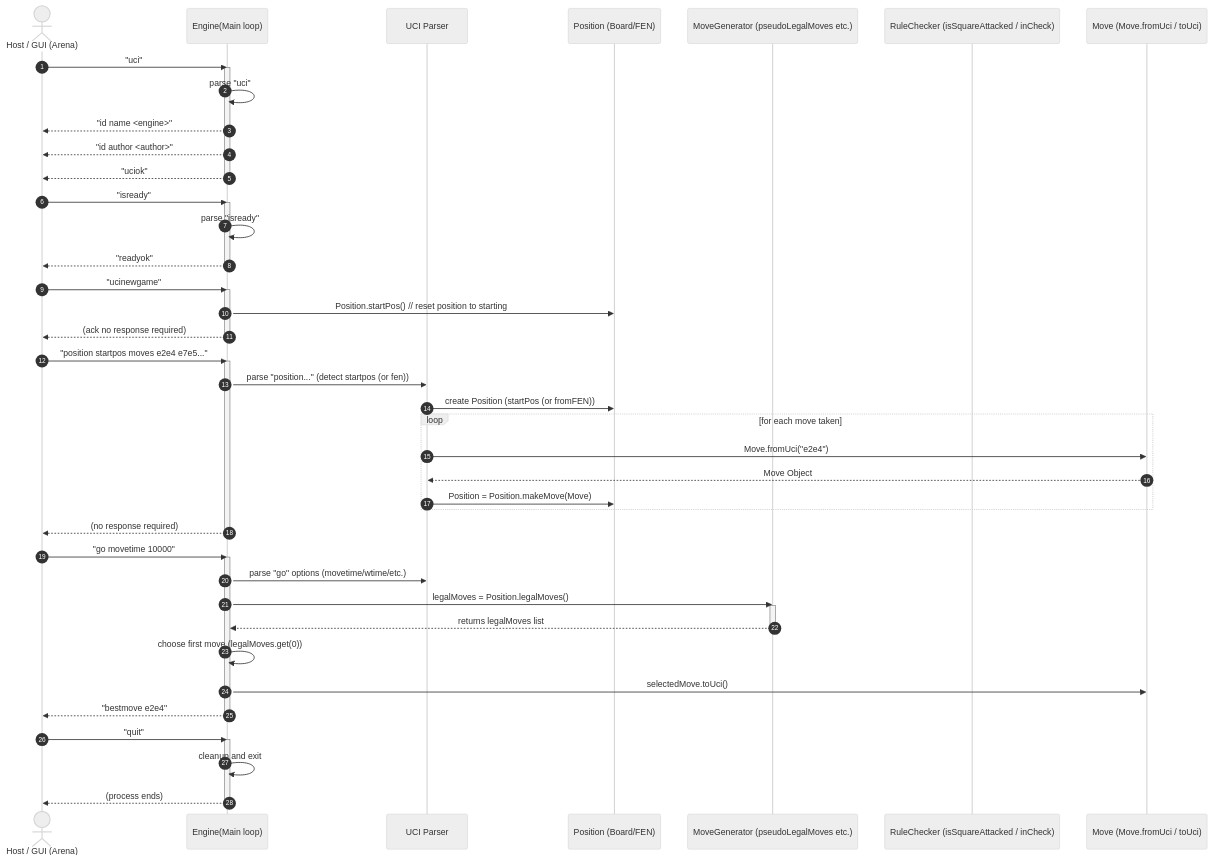
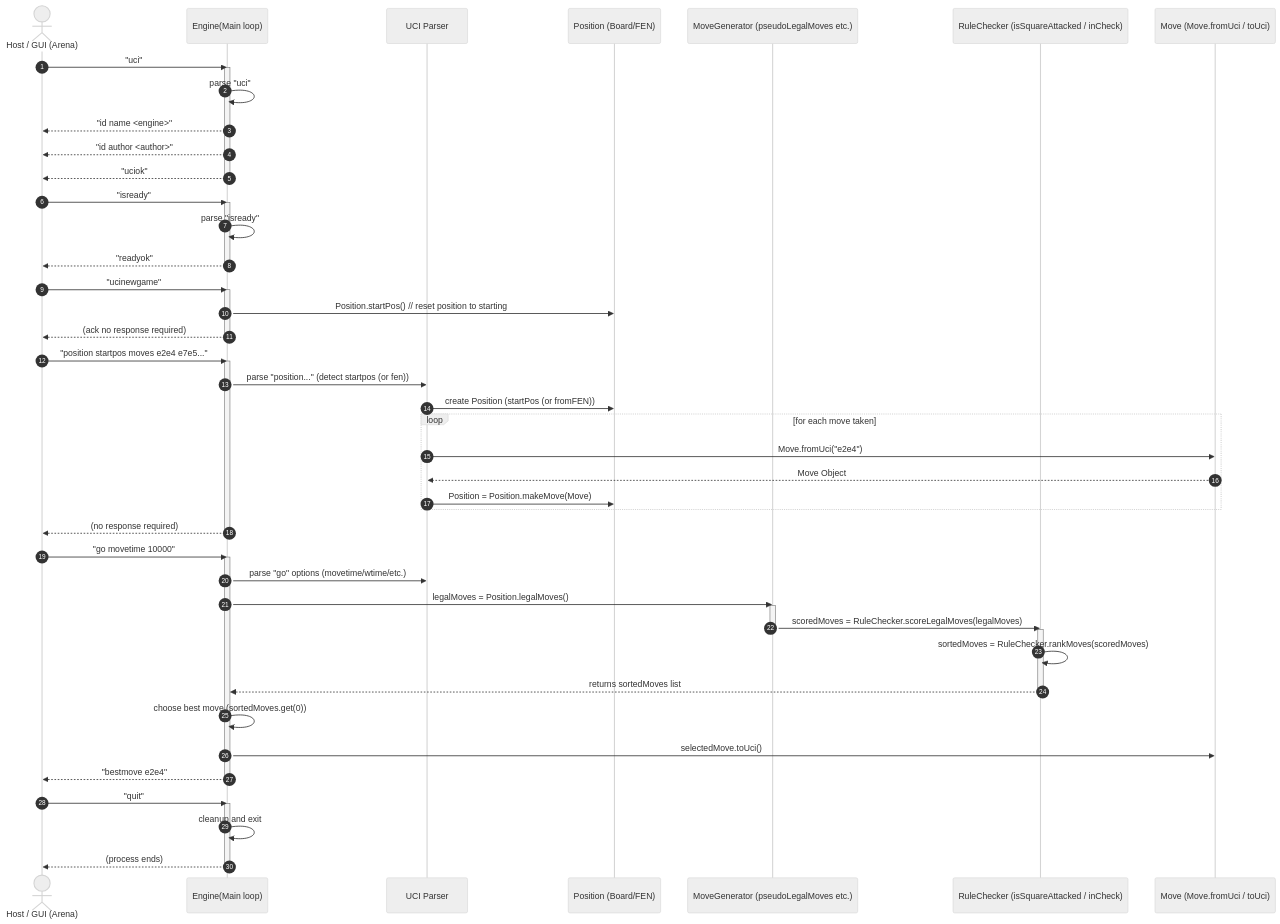
One commit to BDalieN28/Team5_CSharpestTools changed the diagram in README.md. Above: the diagram before and after it, drawn with Mermaid (neutral theme).

Commit message:
Added Move Evaluation Logic to Sequence Diagram

````diff
--- a/README.md
+++ b/README.md
@@ -7,65 +7,71 @@
 ```mermaid
 sequenceDiagram
 	autonumber
 	actor Host as Host / GUI (Arena)
 	participant Engine as Engine(Main loop)
 	participant Parser as UCI Parser
 	participant Position as Position (Board/FEN)
 	participant MoveGen as MoveGenerator (pseudoLegalMoves etc.)
 	participant Rule as RuleChecker (isSquareAttacked / inCheck)
 	participant MoveObj as Move (Move.fromUci / toUci)
 
 	%%Note over Host,Engine: Engine runs a UCI stdin/stdout loop
 
 	Host ->> Engine: "uci"
 	activate Engine
 	Engine ->> Engine: parse "uci"
 	Engine -->> Host: "id name <engine>"
 	Engine -->> Host: "id author <author>"
 	Engine -->> Host: "uciok"
 	deactivate Engine
 
 	Host ->> Engine: "isready"
 	activate Engine
 	Engine ->> Engine: parse "isready"
 	Engine -->> Host: "readyok"
 	deactivate Engine
 
 	Host ->> Engine: "ucinewgame"
 	activate Engine
 	Engine ->> Position: Position.startPos() // reset position to starting
 	Engine -->> Host: (ack no response required)
 	deactivate Engine
 
 	Host ->> Engine: "position startpos moves e2e4 e7e5..."
 	activate Engine
 	Engine ->> Parser: parse "position..." (detect startpos (or fen))
 	Parser ->> Position: create Position (startPos (or fromFEN))
 	loop for each move taken
 		Parser ->> MoveObj: Move.fromUci("e2e4")
 		MoveObj -->> Parser: Move Object
 		Parser ->> Position: Position = Position.makeMove(Move)
 	end
 	Engine -->> Host: (no response required)
 	deactivate Engine
 
 	Host ->> Engine: "go movetime 10000"
 	activate Engine
 	Engine ->> Parser: parse "go" options (movetime/wtime/etc.)
 	Engine ->> MoveGen: legalMoves = Position.legalMoves()
+
 	activate MoveGen
-	MoveGen -->> Engine: returns legalMoves list
+	MoveGen ->> Rule: scoredMoves = RuleChecker.scoreLegalMoves(legalMoves)
 	deactivate MoveGen
 
-	Engine ->> Engine: choose first move (legalMoves.get(0))
+	activate Rule
+	Rule ->> Rule: sortedMoves = RuleChecker.rankMoves(scoredMoves)
+	Rule -->> Engine: returns sortedMoves list
+	deactivate Rule
+
+	Engine ->> Engine: choose best move (sortedMoves.get(0))
 	Engine ->> MoveObj: selectedMove.toUci()
 	Engine -->> Host: "bestmove e2e4"
 	deactivate Engine
 
 
 	Host ->> Engine: "quit"
 	activate Engine
 	Engine ->> Engine: cleanup and exit
 	Engine -->> Host: (process ends)
 	deactivate Engine
 ```
````
